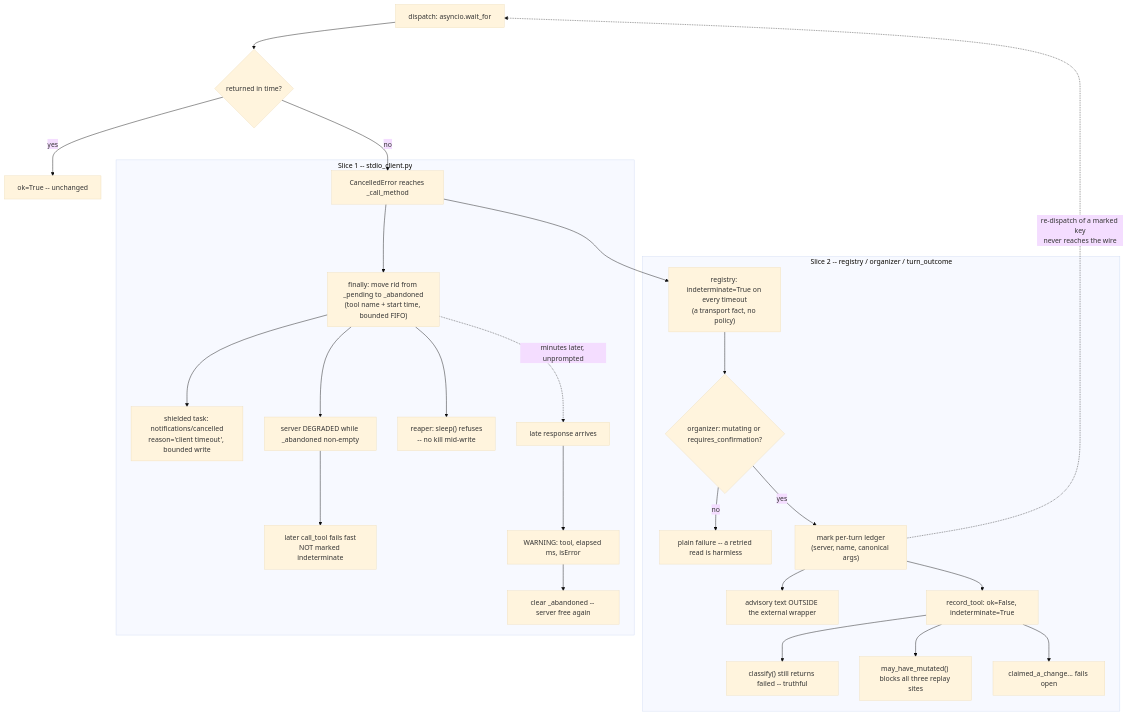
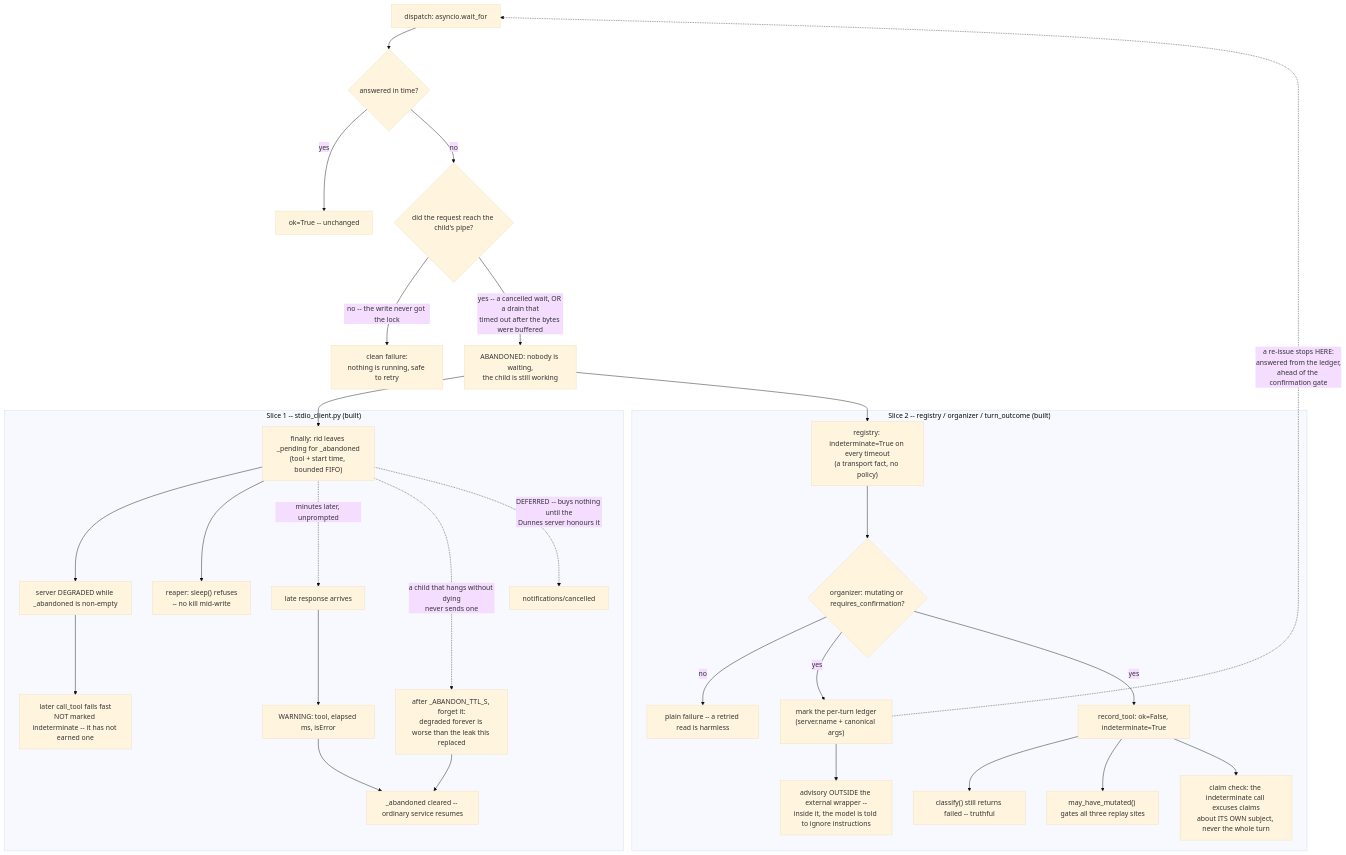
One commit to Qcko/Glados changed the diagram in DESIGN-dispatch-cancellation.md. Above: the diagram before and after it, drawn with Mermaid (base theme). The commit also changed other lines of this file, not shown here.

First paragraph of the commit message:
docs(design): redraw the dispatch-cancellation diagram as built, not as planned
Six things in it had stopped being true once both slices landed:

````diff
--- a/DESIGN-dispatch-cancellation.md
+++ b/DESIGN-dispatch-cancellation.md
@@ -327,31 +330,38 @@
 ```mermaid
 flowchart TD
-    D["dispatch: asyncio.wait_for"] --> W{"returned in time?"}
+    D["dispatch: asyncio.wait_for"] --> W{"answered in time?"}
     W -->|yes| OK["ok=True -- unchanged"]
-    W -->|no| C["CancelledError reaches _call_method"]
+    W -->|no| P{"did the request reach the child's pipe?"}
+    P -->|"no -- the write never got the lock"| CF["clean failure:<br/>nothing is running, safe to retry"]
+    P -->|"yes -- a cancelled wait, OR a drain that<br/>timed out after the bytes were buffered"| C["ABANDONED: nobody is waiting,<br/>the child is still working"]
 
-    subgraph transport ["Slice 1 -- stdio_client.py"]
-        C --> F["finally: move rid from _pending to _abandoned<br/>(tool name + start time, bounded FIFO)"]
-        F --> N["shielded task: notifications/cancelled<br/>reason='client timeout', bounded write"]
-        F --> G["server DEGRADED while _abandoned non-empty"]
-        G --> FF["later call_tool fails fast<br/>NOT marked indeterminate"]
+    subgraph transport ["Slice 1 -- stdio_client.py (built)"]
+        F["finally: rid leaves _pending for _abandoned<br/>(tool + start time, bounded FIFO)"]
+        F --> G["server DEGRADED while _abandoned is non-empty"]
+        G --> FF["later call_tool fails fast<br/>NOT marked indeterminate -- it has not earned one"]
         F --> R["reaper: sleep() refuses<br/>-- no kill mid-write"]
         F -.->|"minutes later, unprompted"| L["late response arrives"]
         L --> LW["WARNING: tool, elapsed ms, isError"]
-        LW --> CL["clear _abandoned -- server free again"]
+        LW --> CL["_abandoned cleared -- ordinary service resumes"]
+        F -.->|"a child that hangs without dying<br/>never sends one"| TTL["after _ABANDON_TTL_S, forget it:<br/>degraded forever is worse than the leak this replaced"]
+        TTL --> CL
+        F -.->|"DEFERRED -- buys nothing until the<br/>Dunnes server honours it"| N["notifications/cancelled"]
     end
 
-    subgraph semantics ["Slice 2 -- registry / organizer / turn_outcome"]
-        C --> I["registry: indeterminate=True on every timeout<br/>(a transport fact, no policy)"]
+    subgraph semantics ["Slice 2 -- registry / organizer / turn_outcome (built)"]
+        I["registry: indeterminate=True on every timeout<br/>(a transport fact, no policy)"]
         I --> M{"organizer: mutating or requires_confirmation?"}
         M -->|no| PF["plain failure -- a retried read is harmless"]
-        M -->|yes| LED["mark per-turn ledger<br/>(server, name, canonical args)"]
-        LED --> ADV["advisory text OUTSIDE the external wrapper"]
-        LED --> REC["record_tool: ok=False, indeterminate=True"]
+        M -->|yes| LED["mark the per-turn ledger<br/>(server.name + canonical args)"]
+        M -->|yes| REC["record_tool: ok=False, indeterminate=True"]
+        LED --> ADV["advisory OUTSIDE the external wrapper --<br/>inside it, the model is told to ignore instructions"]
         REC --> CLS["classify() still returns failed -- truthful"]
-        REC --> MAY["may_have_mutated() blocks all three replay sites"]
-        REC --> FO["claimed_a_change... fails open"]
+        REC --> MAY["may_have_mutated() gates all three replay sites"]
+        REC --> FO["claim check: the indeterminate call excuses claims<br/>about ITS OWN subject, never the whole turn"]
     end
 
-    LED -.->|"re-dispatch of a marked key<br/>never reaches the wire"| D
+    C --> F
+    C --> I
+
+    LED -.->|"a re-issue stops HERE:<br/>answered from the ledger,<br/>ahead of the confirmation gate"| D
 ```
````
